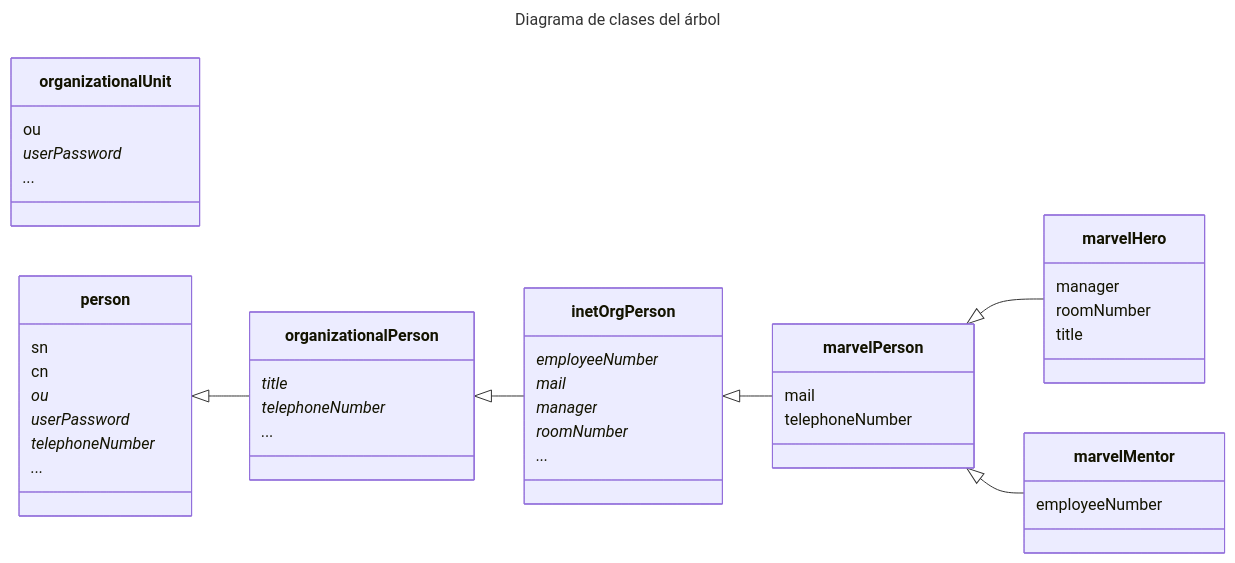
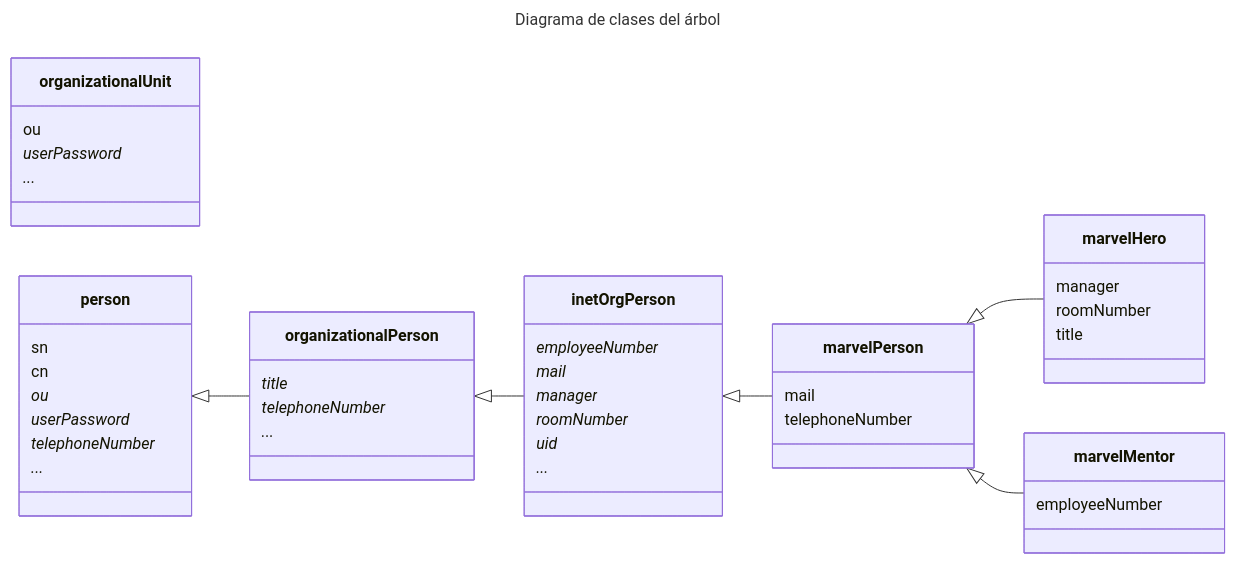
The diagram in README.md (alonso-herreros/uni-lna-assig6), drawn with Mermaid before and after one commit.

Commit message:
Add uid to inetOrgPerson in class diagram

````diff
--- a/README.md
+++ b/README.md
@@ -37,56 +37,57 @@
 ```mermaid
 ---
 title: Diagrama de clases del árbol
 ---
 classDiagram
 direction LR
 
 class organizationalUnit {
     ou
     userPassword*
     ...*
 }
 
 class person {
     sn
     cn
     ou*
     userPassword*
     telephoneNumber*
     ...*
 }
 
 person <|-- organizationalPerson
 class organizationalPerson {
     title*
     telephoneNumber*
     ...*
 }
 
 organizationalPerson <|-- inetOrgPerson
 class inetOrgPerson {
     employeeNumber*
     mail*
     manager*
     roomNumber*
+    uid*
     ...*
 }
 
 inetOrgPerson <|-- marvelPerson
 class marvelPerson {
     mail
     telephoneNumber
 }
 
 marvelPerson <|-- marvelHero
 class marvelHero {
     manager
     roomNumber
     title
 }
 
 marvelPerson <|-- marvelMentor
 class marvelMentor {
     employeeNumber
 }
 ```
````
